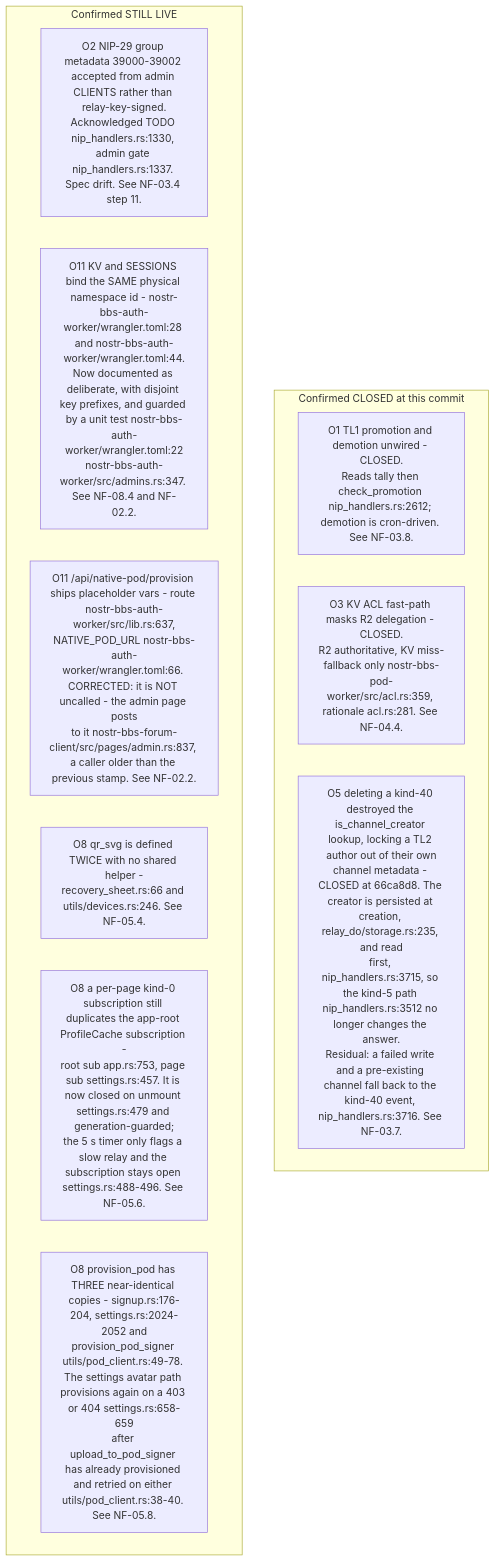
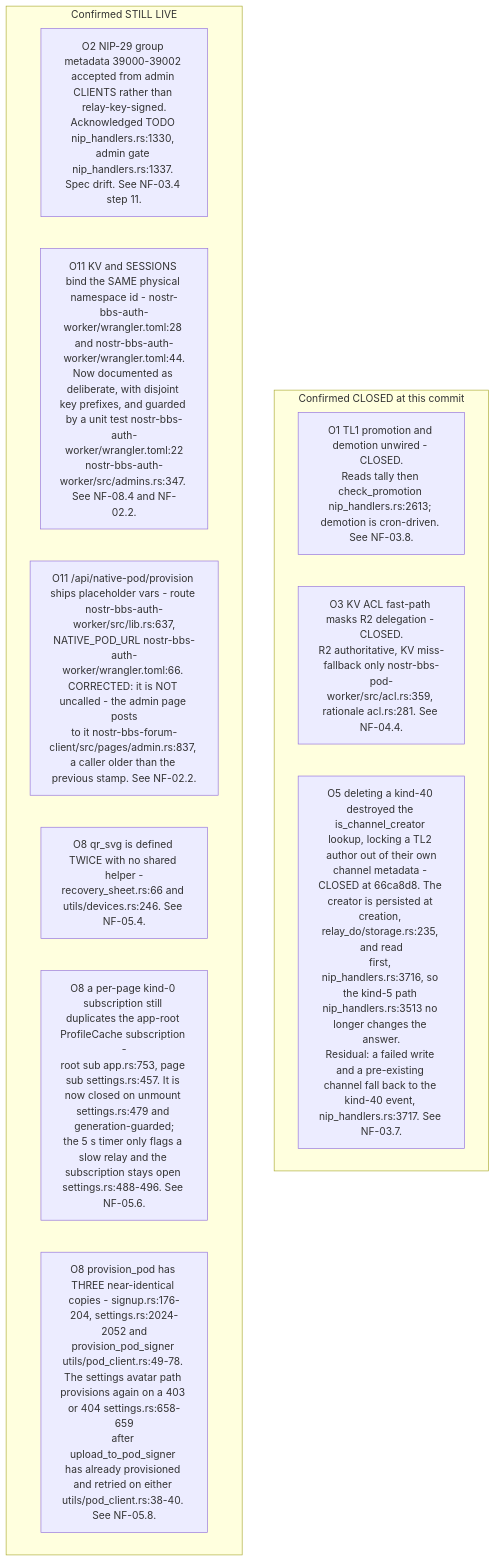
The third of 15 diagrams in docs/diagrams/nostr-rust-forum/10-invariants-and-anomaly-register.md (DreamLab-AI/VisionFlow), drawn with Mermaid before and after one commit. The commit also changed other lines of this file and 23 other files, not shown here.

First line of the commit message:
docs(diagrams): pass C nostr-rust-forum area re-verified at de31aaa

````diff
--- a/docs/diagrams/nostr-rust-forum/10-invariants-and-anomaly-register.md
+++ b/docs/diagrams/nostr-rust-forum/10-invariants-and-anomaly-register.md
@@ -154,16 +154,16 @@
 ```mermaid
 flowchart TB
     subgraph closed["Confirmed CLOSED at this commit"]
-        O1["O1 TL1 promotion and demotion unwired - CLOSED.<br/>Reads tally then check_promotion nip_handlers.rs:2612; demotion is cron-driven. See NF-03.8."]
+        O1["O1 TL1 promotion and demotion unwired - CLOSED.<br/>Reads tally then check_promotion nip_handlers.rs:2613; demotion is cron-driven. See NF-03.8."]
         O3["O3 KV ACL fast-path masks R2 delegation - CLOSED.<br/>R2 authoritative, KV miss-fallback only nostr-bbs-pod-worker/src/acl.rs:359, rationale acl.rs:281. See NF-04.4."]
-        O5["O5 deleting a kind-40 destroyed the is_channel_creator lookup, locking a TL2 author out of their own<br/>channel metadata - CLOSED at 66ca8d8. The creator is persisted at creation, relay_do/storage.rs:235, and read<br/>first, nip_handlers.rs:3715, so the kind-5 path nip_handlers.rs:3512 no longer changes the answer.<br/>Residual: a failed write and a pre-existing channel fall back to the kind-40 event, nip_handlers.rs:3716. See NF-03.7."]
+        O5["O5 deleting a kind-40 destroyed the is_channel_creator lookup, locking a TL2 author out of their own<br/>channel metadata - CLOSED at 66ca8d8. The creator is persisted at creation, relay_do/storage.rs:235, and read<br/>first, nip_handlers.rs:3716, so the kind-5 path nip_handlers.rs:3513 no longer changes the answer.<br/>Residual: a failed write and a pre-existing channel fall back to the kind-40 event, nip_handlers.rs:3717. See NF-03.7."]
     end
     subgraph live["Confirmed STILL LIVE"]
         O2["O2 NIP-29 group metadata 39000-39002 accepted from admin CLIENTS rather than relay-key-signed.<br/>Acknowledged TODO nip_handlers.rs:1330, admin gate nip_handlers.rs:1337. Spec drift. See NF-03.4 step 11."]
         O11a["O11 KV and SESSIONS bind the SAME physical namespace id - nostr-bbs-auth-worker/wrangler.toml:28 and nostr-bbs-auth-worker/wrangler.toml:44.<br/>Now documented as deliberate, with disjoint key prefixes, and guarded by a unit test nostr-bbs-auth-worker/wrangler.toml:22<br/>nostr-bbs-auth-worker/src/admins.rs:347. See NF-08.4 and NF-02.2."]
         O11b["O11 /api/native-pod/provision ships placeholder vars - route nostr-bbs-auth-worker/src/lib.rs:637,<br/>NATIVE_POD_URL nostr-bbs-auth-worker/wrangler.toml:66. CORRECTED: it is NOT uncalled - the admin page posts<br/>to it nostr-bbs-forum-client/src/pages/admin.rs:837, a caller older than the previous stamp. See NF-02.2."]
         O8a["O8 qr_svg is defined TWICE with no shared helper -<br/>recovery_sheet.rs:66 and utils/devices.rs:246. See NF-05.4."]
         O8b["O8 a per-page kind-0 subscription still duplicates the app-root ProfileCache subscription -<br/>root sub app.rs:753, page sub settings.rs:457. It is now closed on unmount settings.rs:479 and generation-guarded;<br/>the 5 s timer only flags a slow relay and the subscription stays open settings.rs:488-496. See NF-05.6."]
         O8c["O8 provision_pod has THREE near-identical copies - signup.rs:176-204, settings.rs:2024-2052 and<br/>provision_pod_signer utils/pod_client.rs:49-78. The settings avatar path provisions again on a 403 or 404 settings.rs:658-659<br/>after upload_to_pod_signer has already provisioned and retried on either utils/pod_client.rs:38-40. See NF-05.8."]
     end
 ```
````
